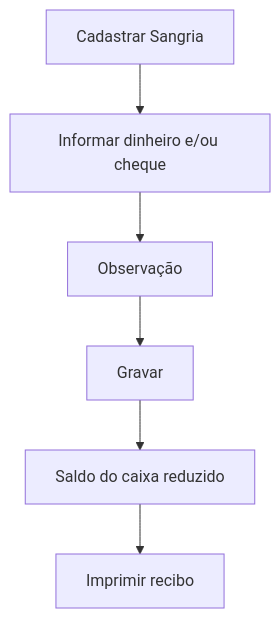
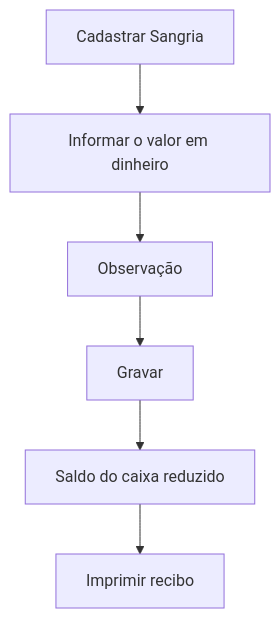
Before and after one commit to rlopeslameira/harpia-docs: the diagram in docs/financeiro/sangria.md, drawn with Mermaid. The commit also changed other lines of this file and 29 other files, not shown here.

````diff
--- a/docs/financeiro/sangria.md
+++ b/docs/financeiro/sangria.md
@@ -86,8 +107,8 @@
 ```mermaid
 flowchart TD
-    A[Cadastrar Sangria] --> B[Informar dinheiro e/ou cheque]
+    A[Cadastrar Sangria] --> B[Informar o valor em dinheiro]
     B --> C[Observação]
     C --> D[Gravar]
     D --> E[Saldo do caixa reduzido]
     E --> F[Imprimir recibo]
 ```
````
